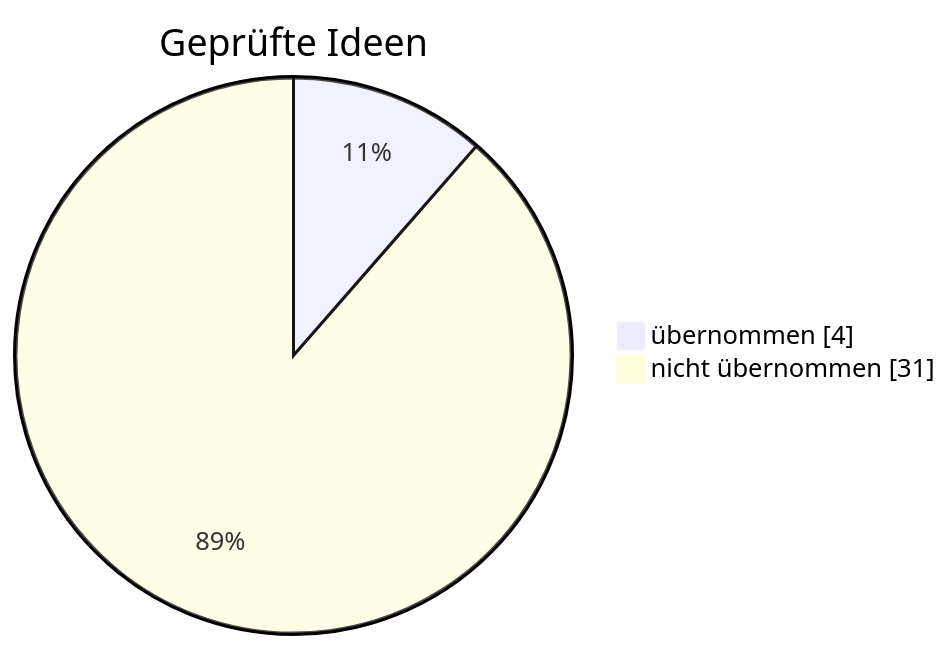
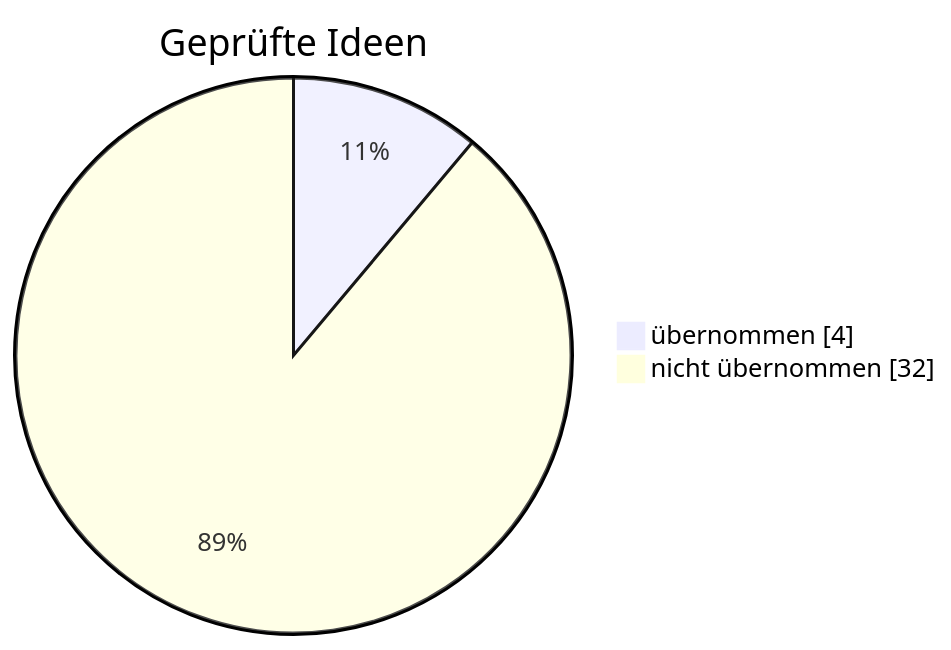
The diagram in gehirn/Notizen/Was der Bot schon weiß.md (sickingmalte-arch/Test-Bot), drawn with Mermaid before and after one commit. The commit also changed other lines of this file and 10 other files, not shown here.

````diff
--- a/gehirn/Notizen/Was der Bot schon weiß.md
+++ b/gehirn/Notizen/Was der Bot schon weiß.md
@@ -19,6 +19,6 @@
 ```mermaid
 pie showData
     title Geprüfte Ideen
     "übernommen" : 4
-    "nicht übernommen" : 31
+    "nicht übernommen" : 32
 ```
````
